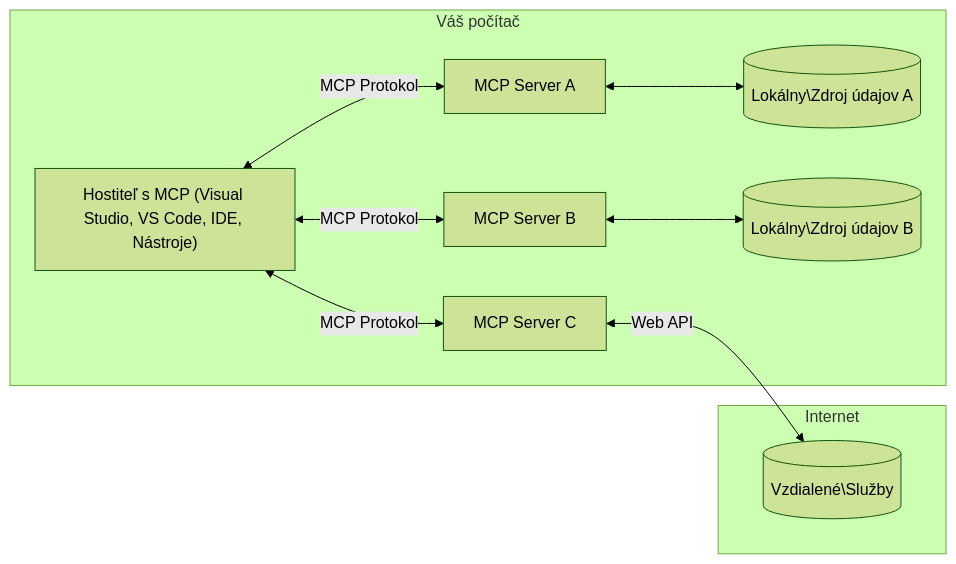
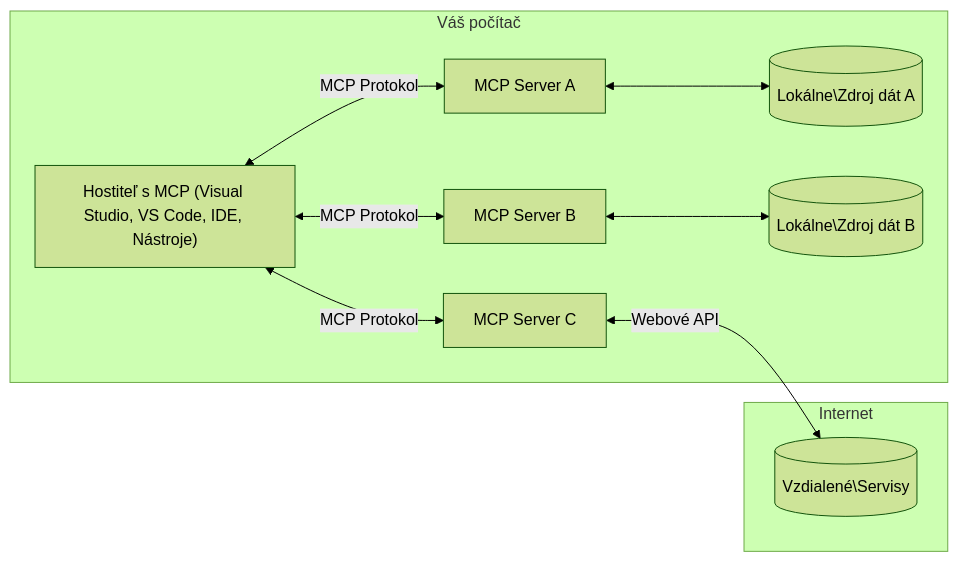
Before and after one commit to HIDORAKAI002/ai-workspace-archive: the diagram in mcp_ecosystem__model_context_protocol/mcp_learning_resources/mcp-for-beginners/translations/sk/01-CoreConcepts/README.md, drawn with Mermaid (forest theme). The commit also changed other lines of this file and 1046 other files, not shown here.

````diff
--- a/mcp_ecosystem__model_context_protocol/mcp_learning_resources/mcp-for-beginners/translations/sk/01-CoreConcepts/README.md
+++ b/mcp_ecosystem__model_context_protocol/mcp_learning_resources/mcp-for-beginners/translations/sk/01-CoreConcepts/README.md
@@ -45,17 +45,17 @@
 ```mermaid
 flowchart LR
     subgraph "Váš počítač"
         Host["Hostiteľ s MCP (Visual Studio, VS Code, IDE, Nástroje)"]
         S1["MCP Server A"]
         S2["MCP Server B"]
         S3["MCP Server C"]
         Host <-->|"MCP Protokol"| S1
         Host <-->|"MCP Protokol"| S2
         Host <-->|"MCP Protokol"| S3
-        S1 <--> D1[("Lokálny\Zdroj údajov A")]
-        S2 <--> D2[("Lokálny\Zdroj údajov B")]
+        S1 <--> D1[("Lokálne\Zdroj dát A")]
+        S2 <--> D2[("Lokálne\Zdroj dát B")]
     end
     subgraph "Internet"
-        S3 <-->|"Web API"| D3[("Vzdialené\Služby")]
+        S3 <-->|"Webové API"| D3[("Vzdialené\Servisy")]
     end
 ```
````
